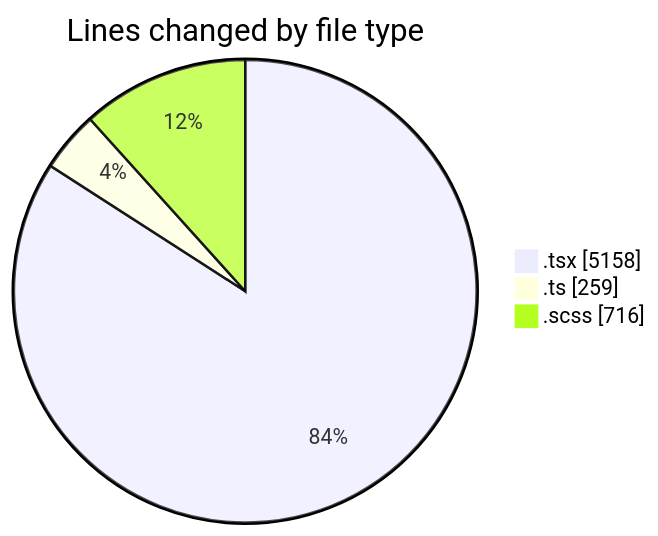
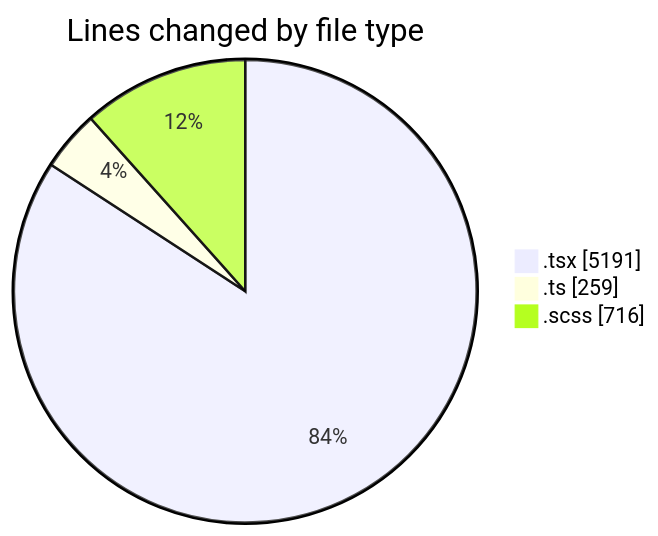
One commit to momahboobian/code-tracking changed the first of 2 diagrams in 2025-09-15/cda/README.md. Above: the diagram before and after it, drawn with Mermaid. The commit also changed other lines of this file and 1 other file, not shown here.

````diff
--- a/2025-09-15/cda/README.md
+++ b/2025-09-15/cda/README.md
@@ -27,7 +27,7 @@
 ```mermaid
 pie showData
 title Lines changed by file type
-".tsx" : 5158
+".tsx" : 5191
 ".ts" : 259
 ".scss" : 716
 ```
````
